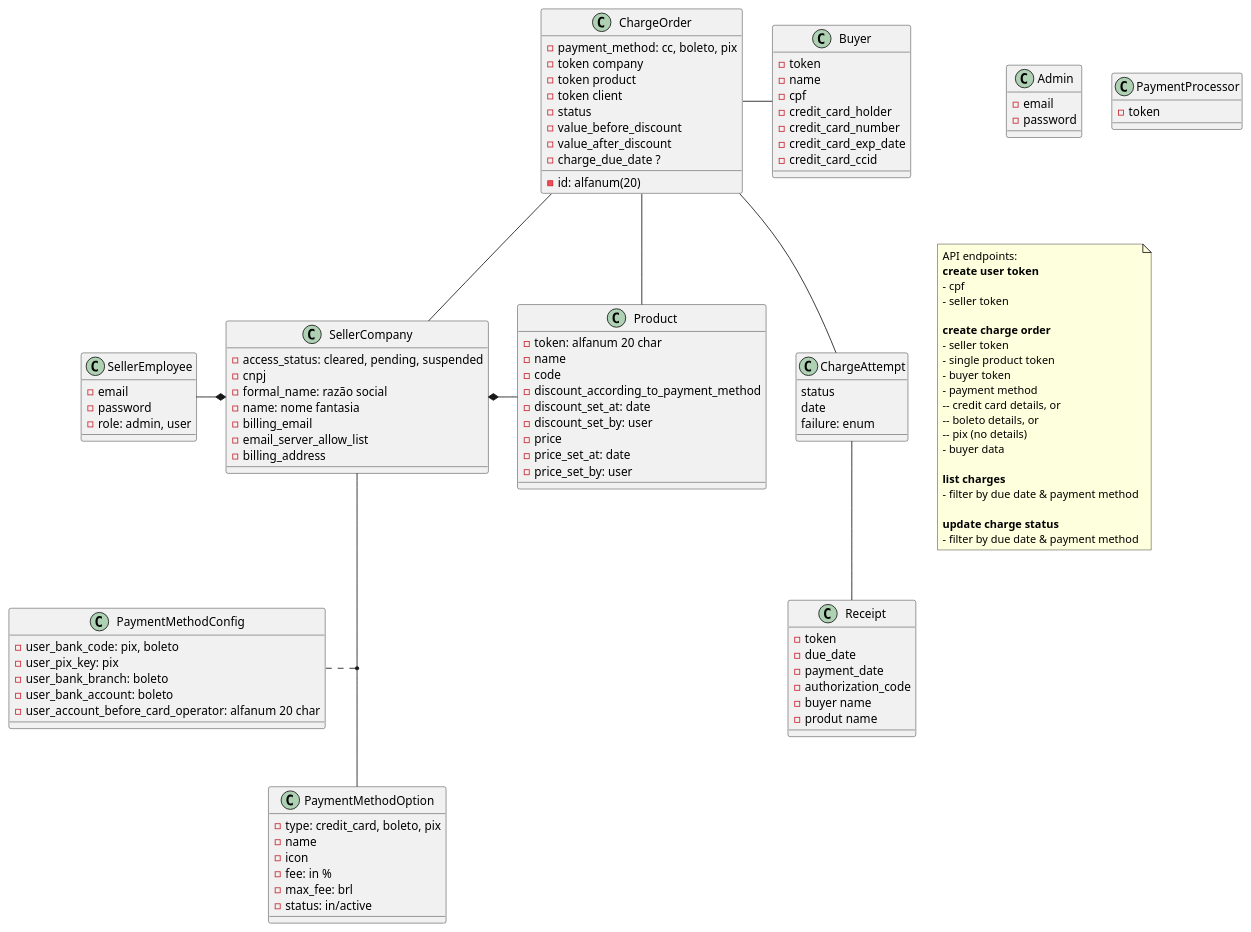
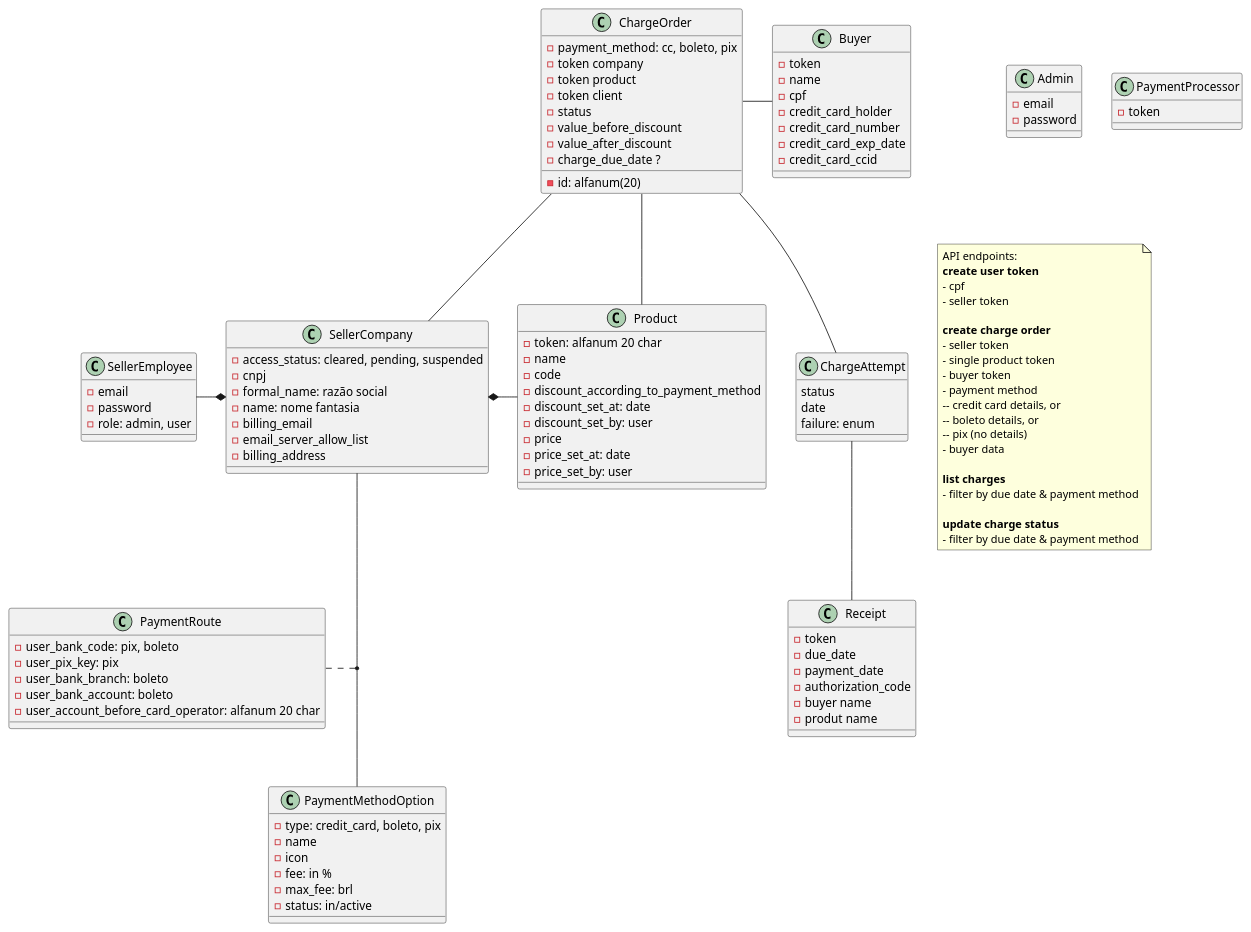
The diagram in dev_planning/project.puml (kyriri/treinadev6-2paynow), drawn with PlantUML before and after one commit. The commit also changed 6 other files, not shown here.

Commit message:
Store payment method config for each seller company

```diff
--- a/dev_planning/project.puml
+++ b/dev_planning/project.puml
@@ -3,136 +3,136 @@
 @startuml "PayNow"
 
 class Admin {
   -email
   -password
   'can ask for sellerCo suspention, that has to be approved by another admin
 }
 
 class Buyer {
   -token 
   'generated on account creation
   -name
   -cpf
   -credit_card_holder
   -credit_card_number
   -credit_card_exp_date
   -credit_card_ccid
   'one token per person, regardless of how many 
 }
 
 class ChargeAttempt {
   status
   date
   failure: enum
   'enum: code returned by cc operator
 }
 
 class ChargeOrder {
   -id: alfanum(20)
   -payment_method: cc, boleto, pix
   ' if CC, its details
   ' else, boleto/pix data (is that the payment method token?)
   -token company
   -token product
   -token client
   -status
   'status: pending (default), approved, rejected
   -value_before_discount
   -value_after_discount
   -charge_due_date ?
 }
 
 class Receipt {
   - token
   - due_date
   - payment_date
   - authorization_code
   'optional, according to me:
   - buyer name
   - produt name
 }
 
 class PaymentMethodOption {
   -type: credit_card, boleto, pix
   -name
   -icon
   -fee: in %
   -max_fee: brl
   -status: in/active
 }
 
-class PaymentMethodConfig {
+class PaymentRoute {
   -user_bank_code: pix, boleto
   -user_pix_key: pix
   -user_bank_branch: boleto
   -user_bank_account: boleto
   -user_account_before_card_operator: alfanum 20 char
 }
 
 class PaymentProcessor {
   -token
 }
 
 class Product {
   -token: alfanum 20 char
   -name
   -code
   -discount_according_to_payment_method
   -discount_set_at: date
   -discount_set_by: user
   -price 
   -price_set_at: date
   -price_set_by: user
 }
 
 class SellerCompany {
   -access_status: cleared, pending, suspended
   -cnpj
   -formal_name: razão social
   -name: nome fantasia
   -billing_email
   -email_server_allow_list
   -billing_address
   ' all fields above required for platform access
 }
 
 class SellerEmployee {
   -email
   -password
   - role: admin, user
   ' admin has access to list his company's users, can change status from pending to active to inactive
   ' admin can request token replacement
 }
 
 SellerEmployee -* SellerCompany
 SellerCompany *- Product
 ChargeOrder -- SellerCompany
 ChargeOrder -- Product
 ChargeOrder - Buyer
 ChargeOrder -- ChargeAttempt
 ChargeAttempt -- Receipt
-PaymentMethodConfig .. (SellerCompany, PaymentMethodOption)
+PaymentRoute .. (SellerCompany, PaymentMethodOption)
 
 note as N1
   API endpoints:
   <b>create user token</b> 
   - cpf
   - seller token
 
   <b>create charge order</b> 
   - seller token
   - single product token
   - buyer token
   - payment method
   -- credit card details, or
   -- boleto details, or
   -- pix (no details)
   - buyer data
 
   <b>list charges</b> 
   - filter by due date & payment method
 
   <b>update charge status</b> 
   - filter by due date & payment method
 end note
 @enduml
```
